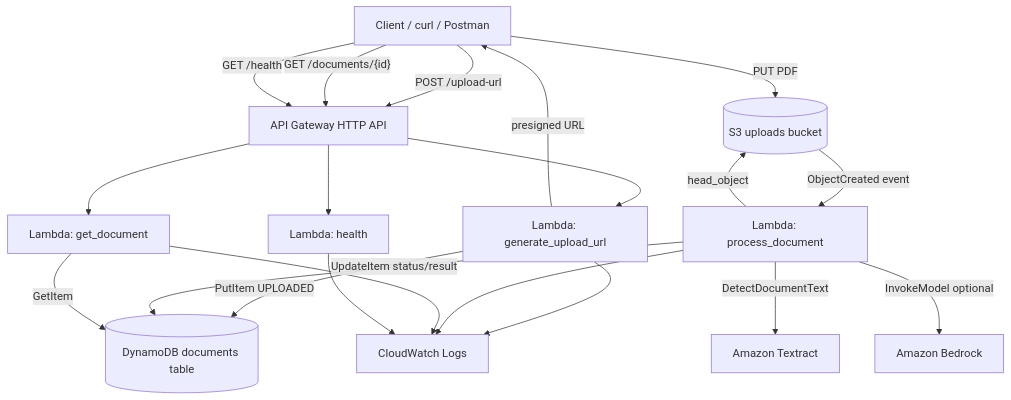
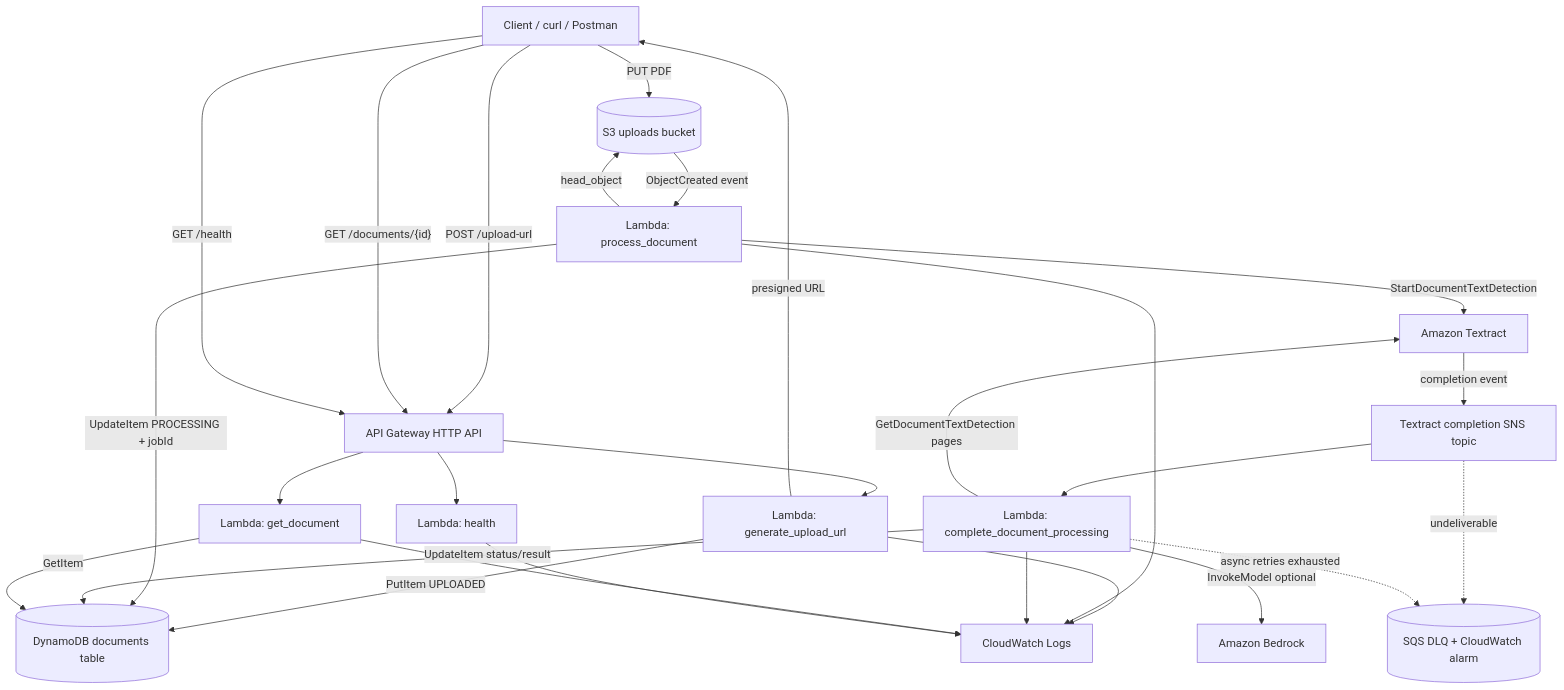
The first of 2 diagrams in docs/architecture.md (Mrki111/document-intelligence), drawn with Mermaid before and after one commit. The commit also changed other lines of this file and 17 other files, not shown here.

Commit message:
Add async multi-page Textract processing

````diff
--- a/docs/architecture.md
+++ b/docs/architecture.md
@@ -3,39 +3,49 @@
 ```mermaid
 flowchart TD
     Client[Client / curl / Postman]
     APIGW[API Gateway HTTP API]
     GenURL[Lambda: generate_upload_url]
     GetDoc[Lambda: get_document]
     Health[Lambda: health]
     S3[(S3 uploads bucket)]
     ProcDoc[Lambda: process_document]
+    CompleteDoc[Lambda: complete_document_processing]
     Textract[Amazon Textract]
+    SNS[Textract completion SNS topic]
+    DLQ[(SQS DLQ + CloudWatch alarm)]
     Bedrock[Amazon Bedrock]
     DDB[(DynamoDB documents table)]
     CW[CloudWatch Logs]
 
     Client -- POST /upload-url --> APIGW
     Client -- GET /documents/{id} --> APIGW
     Client -- GET /health --> APIGW
 
     APIGW --> GenURL
     APIGW --> GetDoc
     APIGW --> Health
 
     GenURL -->|PutItem UPLOADED| DDB
     GenURL -->|presigned URL| Client
     Client -- PUT PDF --> S3
 
     S3 -- ObjectCreated event --> ProcDoc
     ProcDoc -->|head_object| S3
-    ProcDoc -->|DetectDocumentText| Textract
-    ProcDoc -->|InvokeModel optional| Bedrock
-    ProcDoc -->|UpdateItem status/result| DDB
+    ProcDoc -->|StartDocumentTextDetection| Textract
+    ProcDoc -->|UpdateItem PROCESSING + jobId| DDB
+    Textract -->|completion event| SNS
+    SNS --> CompleteDoc
+    SNS -.->|undeliverable| DLQ
+    CompleteDoc -.->|async retries exhausted| DLQ
+    CompleteDoc -->|GetDocumentTextDetection pages| Textract
+    CompleteDoc -->|InvokeModel optional| Bedrock
+    CompleteDoc -->|UpdateItem status/result| DDB
 
     GetDoc -->|GetItem| DDB
 
     GenURL --> CW
     ProcDoc --> CW
+    CompleteDoc --> CW
     GetDoc --> CW
     Health --> CW
 ```
````
